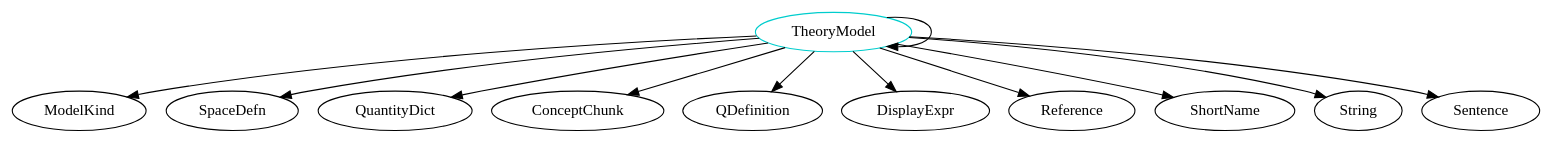
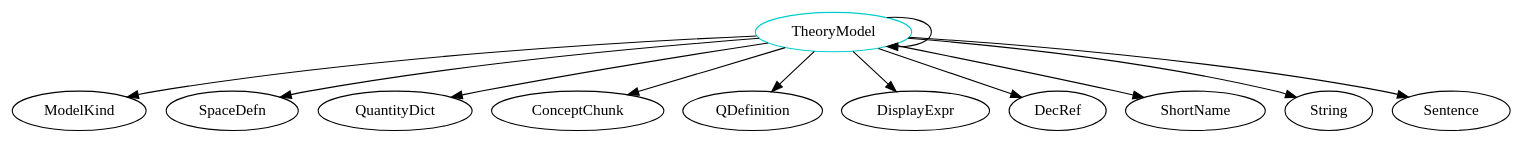
Before and after one commit to JacquesCarette/Drasil: the diagram in analysis/TypeDependencyGraphs/theory/TheoryModel.dot, drawn with Graphviz. The commit also changed 808 other files, not shown here.

```diff
--- a/analysis/TypeDependencyGraphs/theory/TheoryModel.dot
+++ b/analysis/TypeDependencyGraphs/theory/TheoryModel.dot
@@ -1,14 +1,14 @@
 digraph theorymodel{
 TheoryModel -> ModelKind;
 TheoryModel -> TheoryModel;
 TheoryModel -> SpaceDefn;
 TheoryModel -> QuantityDict;
 TheoryModel -> ConceptChunk;
 TheoryModel -> QDefinition;
 TheoryModel -> DisplayExpr;
-TheoryModel -> Reference;
+TheoryModel -> DecRef;
 TheoryModel -> ShortName;
 TheoryModel -> String;
 TheoryModel -> Sentence;
 TheoryModel	[shape=oval, color=cyan3, label=TheoryModel];
 }
```
